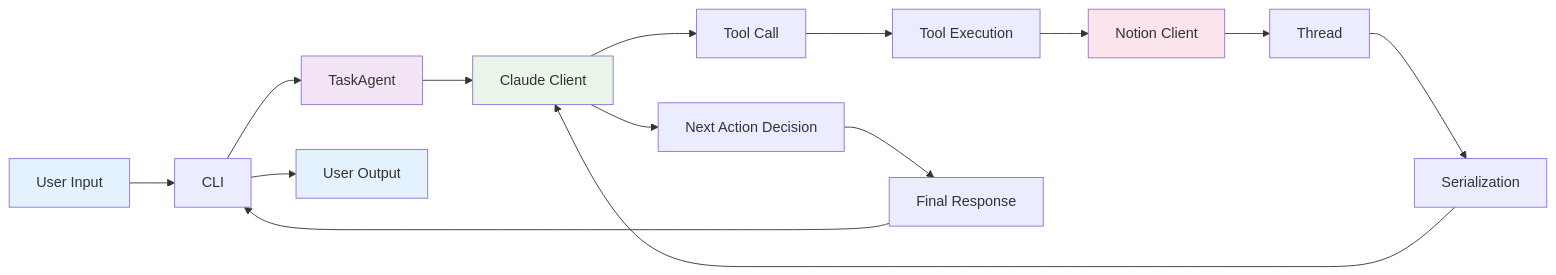
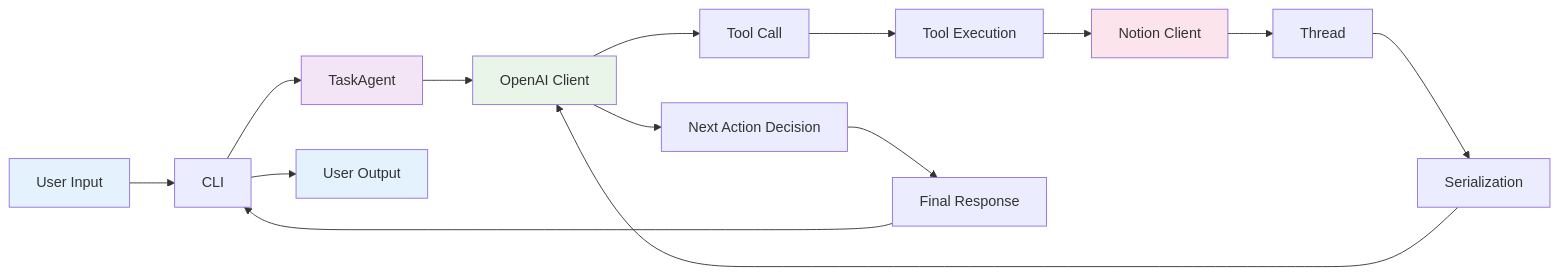
Before and after one commit to shomrkm/shochan_ai: the second of 3 diagrams in docs/ARCHITECTURE.md, drawn with Mermaid. The commit also changed other lines of this file, not shown here.

First line of the commit message:
docs: update ARCHITECTURE.md to reflect OpenAI migration

````diff
--- a/docs/ARCHITECTURE.md
+++ b/docs/ARCHITECTURE.md
@@ -156,22 +164,22 @@
 ```mermaid
 flowchart LR
     A[User Input] --> B[CLI]
     B --> C[TaskAgent]
-    C --> D[Claude Client]
+    C --> D[OpenAI Client]
     D --> E[Tool Call]
     E --> F[Tool Execution]
     F --> G[Notion Client]
     G --> H[Thread]
     H --> I[Serialization]
     I --> D
     D --> J[Next Action Decision]
     J --> K[Final Response]
     K --> B
     B --> L[User Output]
-    
+
     style A fill:#e3f2fd
     style L fill:#e3f2fd
     style C fill:#f3e5f5
     style D fill:#e8f5e8
     style G fill:#fce4ec
 ```
````
